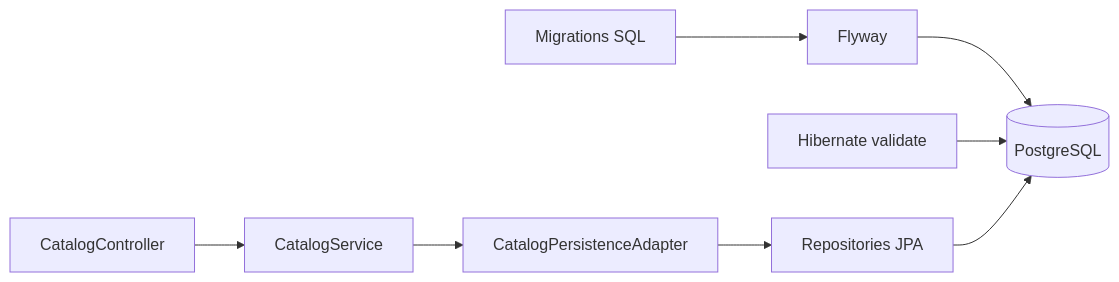
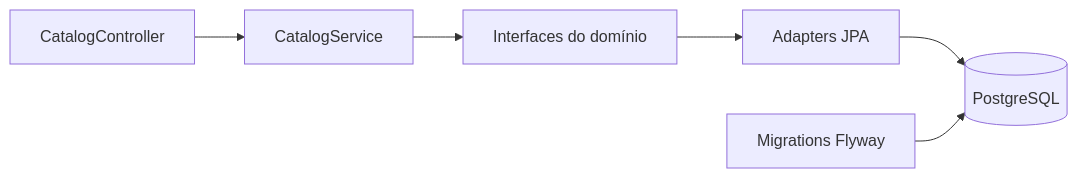
Before and after one commit to e24Dev/CaixaDeSugestoes: the first of 2 diagrams in docs/03-postgresql-flyway-jpa.md, drawn with Mermaid. The commit also changed other lines of this file and 17 other files, not shown here.

````diff
--- a/docs/03-postgresql-flyway-jpa.md
+++ b/docs/03-postgresql-flyway-jpa.md
@@ -15,10 +13,8 @@
 ```mermaid
 flowchart LR
-    sql["Migrations SQL"] --> flyway["Flyway"]
-    flyway --> banco[("PostgreSQL")]
-    hibernate["Hibernate validate"] --> banco
-    controller["CatalogController"] --> service["CatalogService"]
-    service --> adapter["CatalogPersistenceAdapter"]
-    adapter --> repo["Repositories JPA"]
-    repo --> banco
+    REST["CatalogController"] --> App["CatalogService"]
+    App --> Portas["Interfaces do domínio"]
+    Portas --> Adaptadores["Adapters JPA"]
+    Adaptadores --> DB[("PostgreSQL")]
+    Flyway["Migrations Flyway"] --> DB
 ```
````
